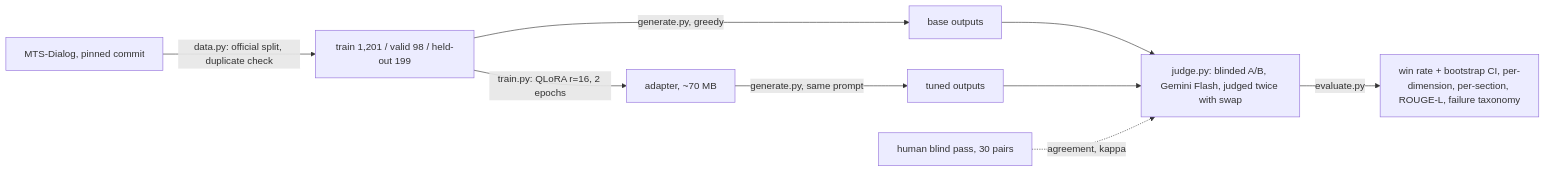
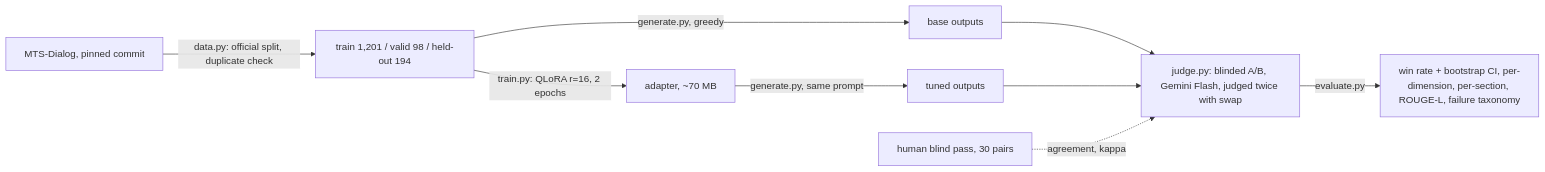
Before and after one commit to J-Jurza/lora-eval-lab: the diagram in README.md, drawn with Mermaid. The commit also changed other lines of this file and 5 other files, not shown here.

First line of the commit message:
data: note-level duplicate check across splits; five held-out rows that share an encounter with training excluded from evaluation (194 kept), boilerplate notes kept and listed

````diff
--- a/README.md
+++ b/README.md
@@ -18,11 +18,11 @@
 ```mermaid
 flowchart LR
-    D[MTS-Dialog, pinned commit] -->|data.py: official split, duplicate check| S[train 1,201 / valid 98 / held-out 199]
+    D[MTS-Dialog, pinned commit] -->|data.py: official split, duplicate check| S[train 1,201 / valid 98 / held-out 194]
     S -->|generate.py, greedy| B[base outputs]
     S -->|train.py: QLoRA r=16, 2 epochs| A[adapter, ~70 MB]
     A -->|generate.py, same prompt| T[tuned outputs]
     B --> J[judge.py: blinded A/B, Gemini Flash, judged twice with swap]
     T --> J
     H[human blind pass, 30 pairs] -. agreement, kappa .-> J
     J -->|evaluate.py| M[win rate + bootstrap CI, per-dimension, per-section, ROUGE-L, failure taxonomy]
 ```
````
